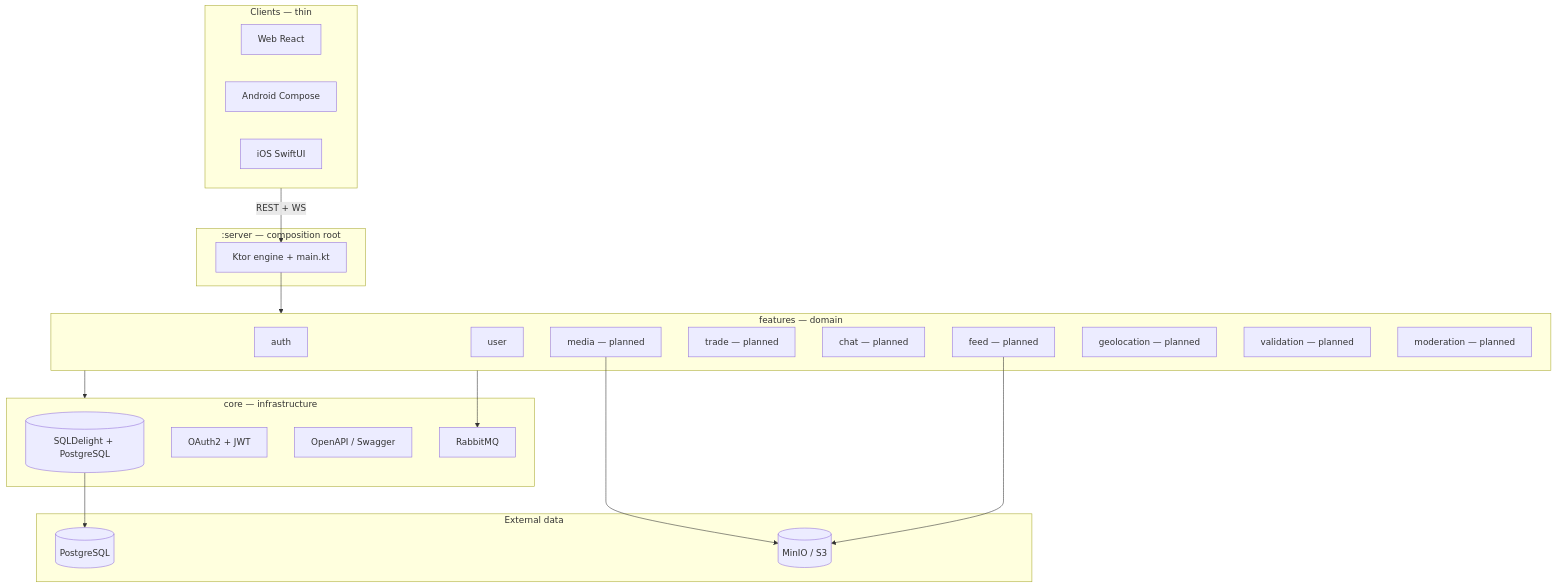
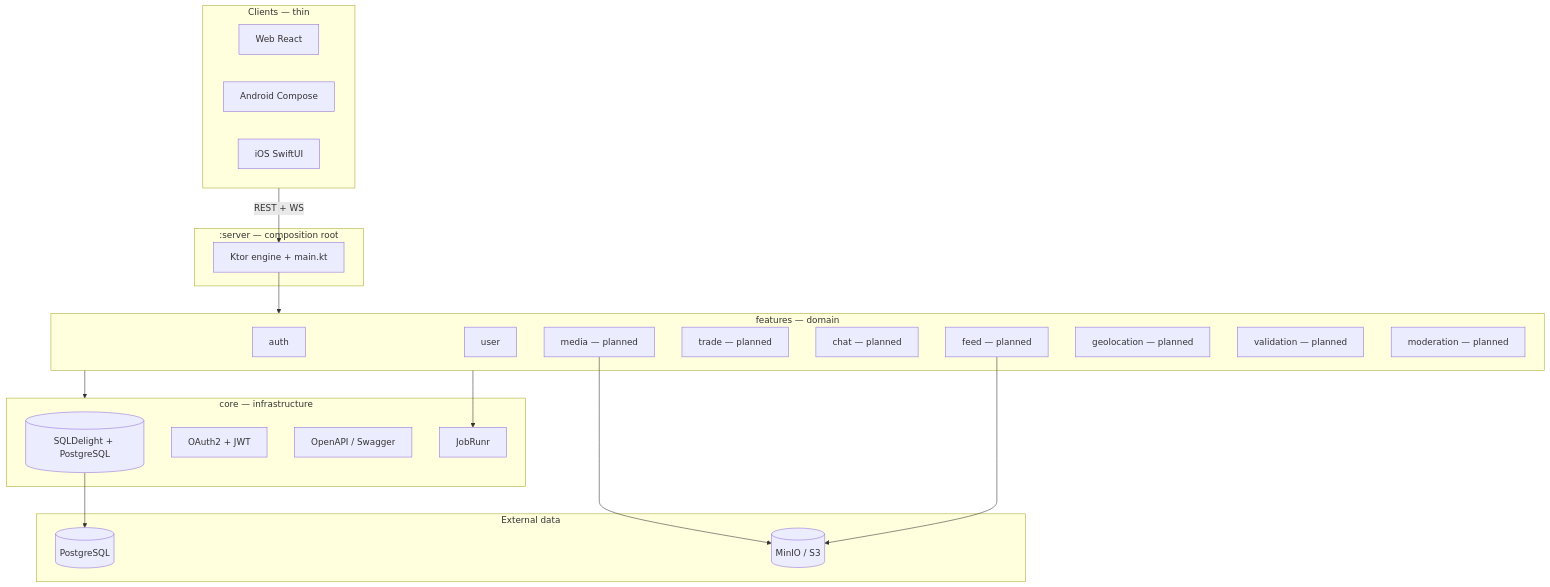
Before and after one commit to bieniucieniu/zula: the diagram in docs/architecture.md, drawn with Mermaid. The commit also changed other lines of this file and 18 other files, not shown here.

Commit message:
feat(server): replace RabbitMQ with JobRunr on Postgres

````diff
--- a/docs/architecture.md
+++ b/docs/architecture.md
@@ -109,44 +109,44 @@
 ```mermaid
 flowchart TB
     subgraph clients [Clients — thin]
         web[Web React]
         android[Android Compose]
         ios[iOS SwiftUI]
     end
 
     subgraph server [":server — composition root"]
         ktor[Ktor engine + main.kt]
     end
 
     subgraph core [core — infrastructure]
         db[(SQLDelight + PostgreSQL)]
         sec[OAuth2 + JWT]
         oapi[OpenAPI / Swagger]
-        mq[RabbitMQ]
+        jobs[JobRunr]
     end
 
     subgraph features [features — domain]
         auth[auth]
         user[user]
         feed[feed — planned]
         trade[trade — planned]
         chat[chat — planned]
         media[media — planned]
         geo[geolocation — planned]
         val[validation — planned]
         mod[moderation — planned]
     end
 
   subgraph data [External data]
         pg[(PostgreSQL)]
         s3[(MinIO / S3)]
     end
 
     clients -->|REST + WS| ktor
     ktor --> features
     features --> core
     db --> pg
     media --> s3
     feed --> s3
-    features --> mq
+    features --> jobs
 ```
````
